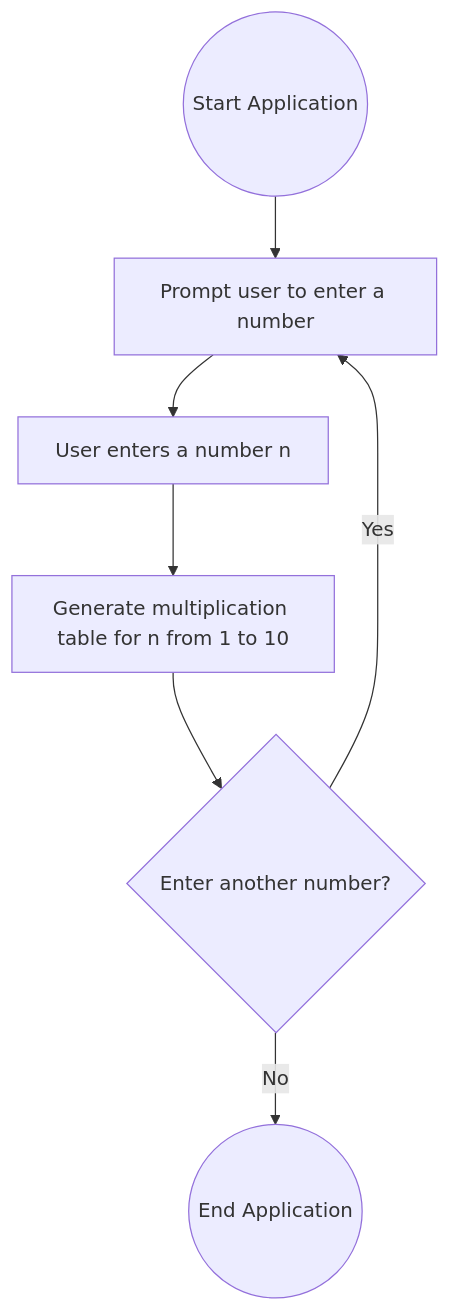
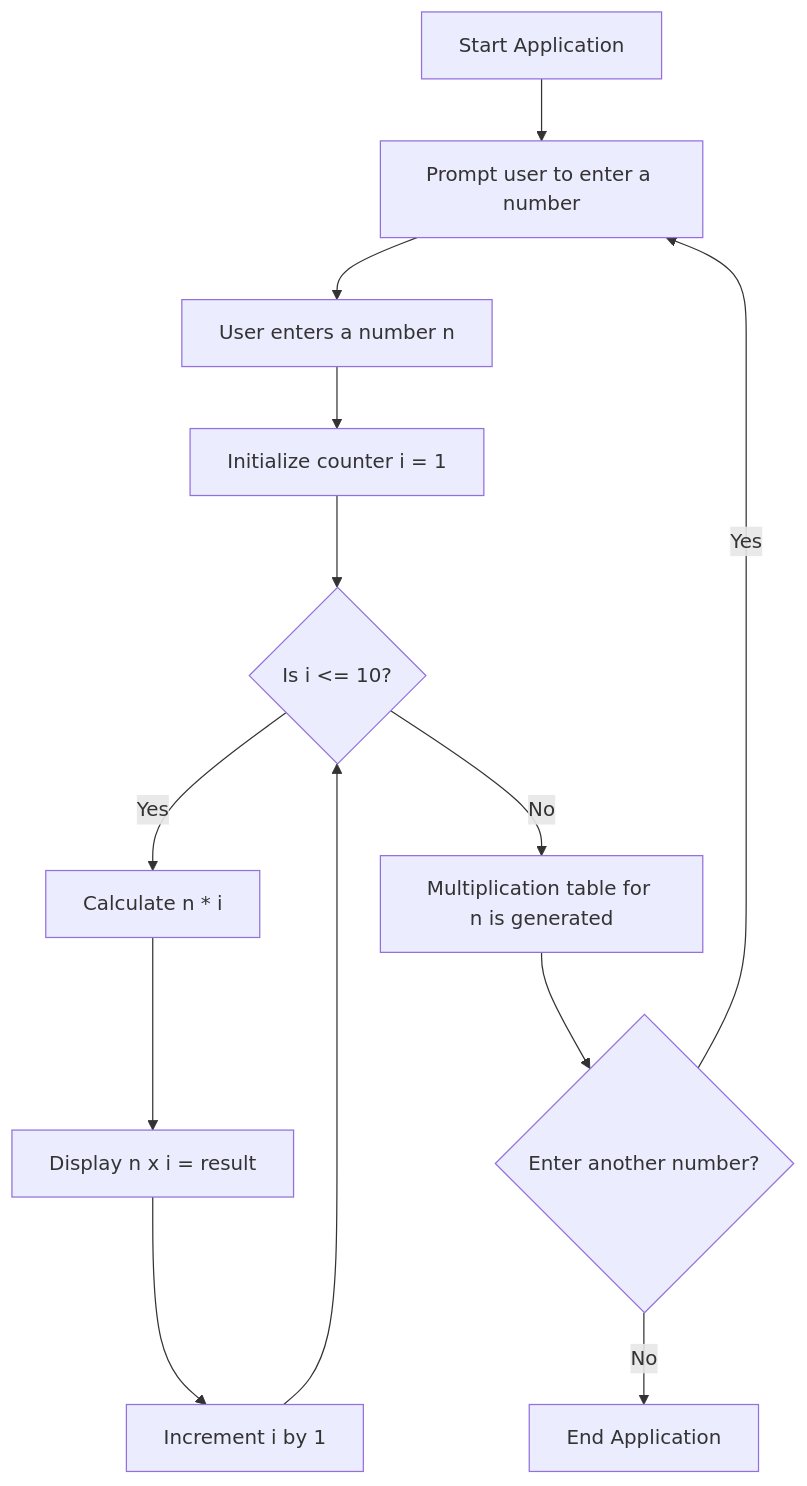
One commit to OlenaMyroshnykova/Java-Loops changed the diagram in README.md. Above: the diagram before and after it, drawn with Mermaid.

````diff
--- a/README.md
+++ b/README.md
@@ -2,9 +2,18 @@
 ```mermaid
 flowchart TD
-    A((Start Application)) --> B[Prompt user to enter a number]
+    A[Start Application] --> B[Prompt user to enter a number]
     B --> C[User enters a number n]
-    C --> D[Generate multiplication table for n from 1 to 10]
-    D --> E{Enter another number?}
-    E -- Yes --> B
-    E -- No --> F((End Application))
+    C --> D[Initialize counter i = 1]
+
+    D --> E{Is i <= 10?}
+    E -- Yes --> F[Calculate n * i]
+    F --> G[Display n x i = result]
+    G --> H[Increment i by 1]
+    H --> E
+
+    E -- No --> I[Multiplication table for n is generated]
+    I --> J{Enter another number?}
+    J -- Yes --> B
+    J -- No --> K[End Application]
+
 ```
````
